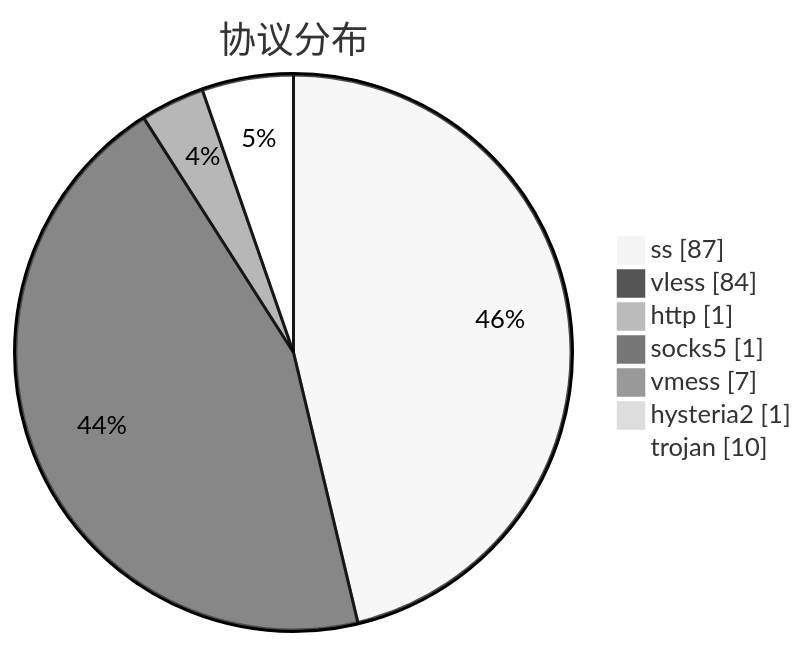
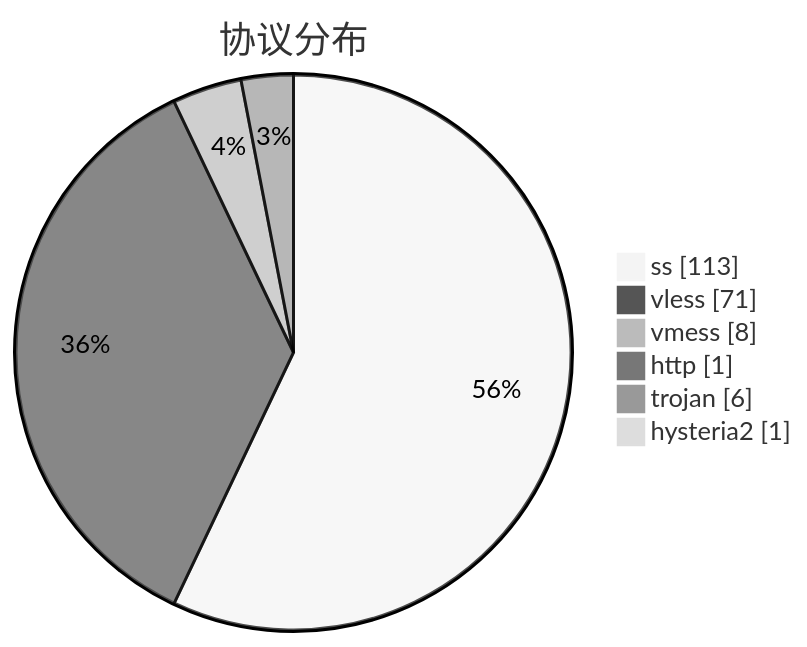
One commit to qjlxg/airport changed the third of 3 diagrams in subs/statistics/tested_within.md. Above: the diagram before and after it, drawn with Mermaid (neutral theme). The commit also changed other lines of this file and 2 other files, not shown here.

````diff
--- a/subs/statistics/tested_within.md
+++ b/subs/statistics/tested_within.md
@@ -28,11 +26,10 @@
 ```mermaid
 pie showData
 title 协议分布
-"ss" : 87
-"vless" : 84
+"ss" : 113
+"vless" : 71
+"vmess" : 8
 "http" : 1
-"socks5" : 1
-"vmess" : 7
+"trojan" : 6
 "hysteria2" : 1
-"trojan" : 10
 ```
````
